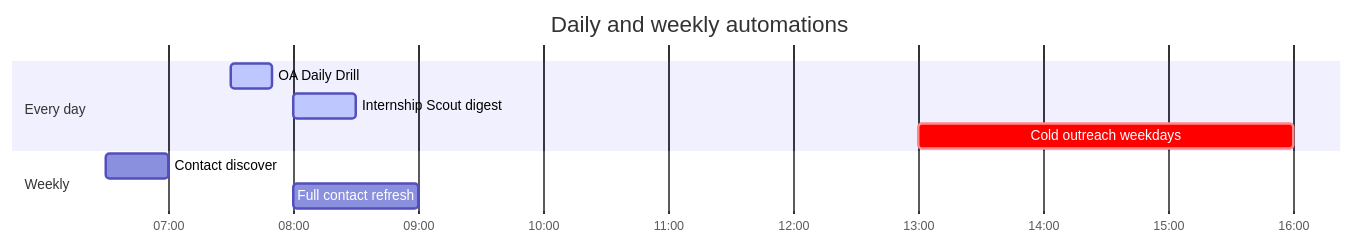
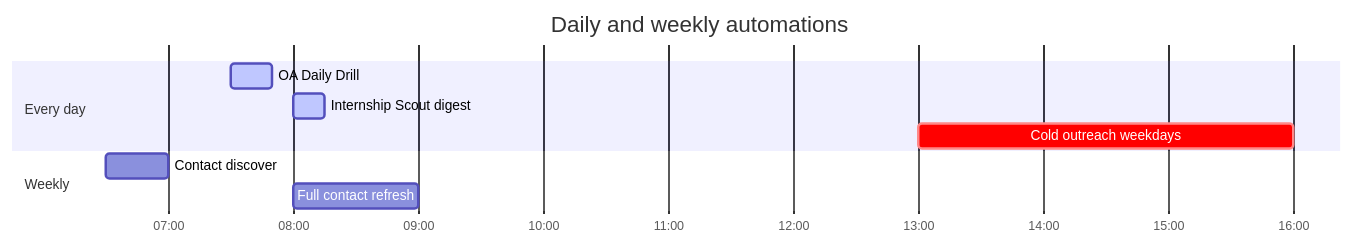
One commit to Ojas-Srivastava05/resume-optimiser changed the second of 4 diagrams in README.md. Above: the diagram before and after it, drawn with Mermaid. The commit also changed other lines of this file and 5 other files, not shown here.

````diff
--- a/README.md
+++ b/README.md
@@ -138,13 +139,13 @@
 ```mermaid
 gantt
     title Daily and weekly automations
     dateFormat HH:mm
     axisFormat %H:%M
     section Every day
     OA Daily Drill           :active, 07:30, 20m
-    Internship Scout digest  :active, 08:00, 30m
+    Internship Scout digest  :active, 08:00, 15m
     Cold outreach weekdays   :crit, 13:00, 180m
     section Weekly
     Contact discover         :06:30, 30m
     Full contact refresh     :08:00, 60m
 ```
````
